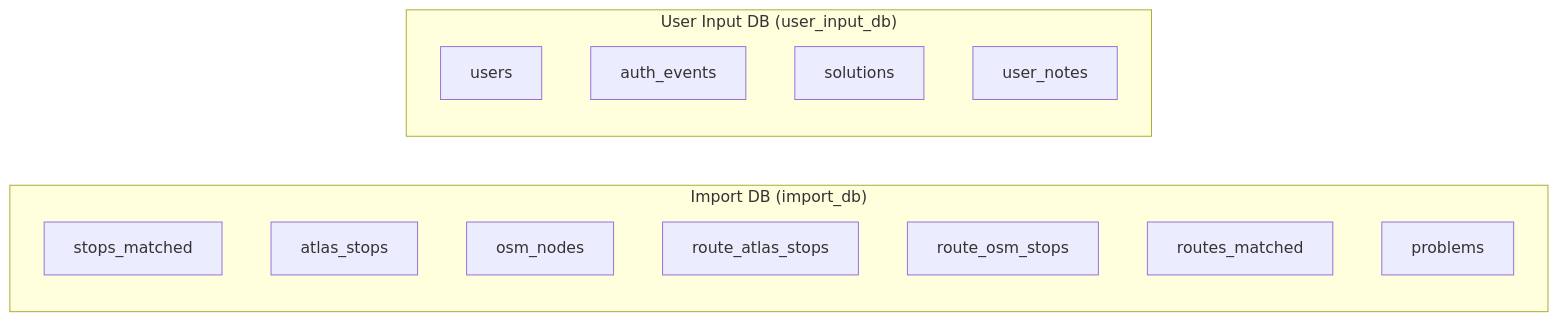
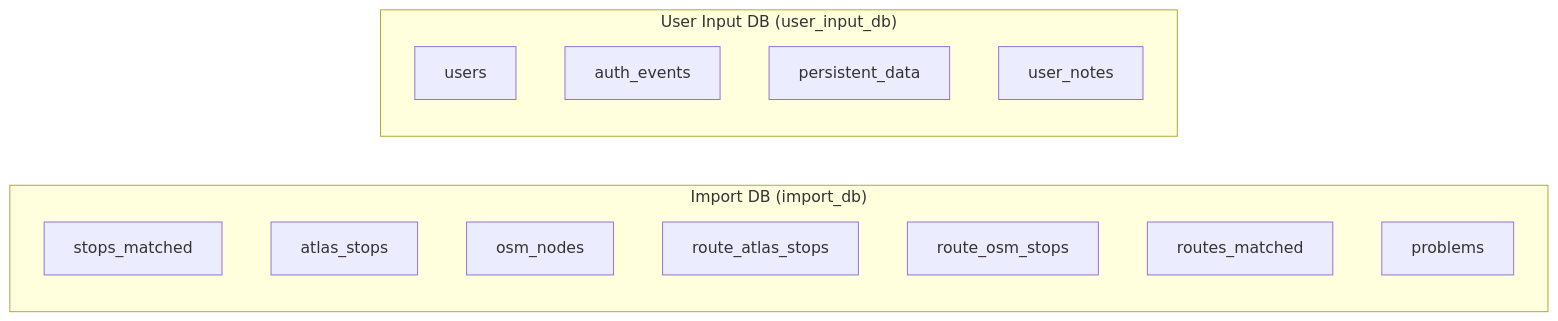
One commit to openTdataCH/stop_sync_osm_atlas changed the diagram in documentation/4. Databases.md. Above: the diagram before and after it, drawn with Mermaid. The commit also changed other lines of this file and 66 other files, not shown here.

````diff
--- a/documentation/4. Databases.md
+++ b/documentation/4. Databases.md
@@ -8,21 +9,21 @@
 ```mermaid
 flowchart LR
     subgraph import_db["Import DB (import_db)"]
         direction TB
         S[stops_matched]
         A[atlas_stops]
         O[osm_nodes]
         R1[route_atlas_stops]
         R2[route_osm_stops]
         R3[routes_matched]
         P[problems]
     end
     
     subgraph user_input_db["User Input DB (user_input_db)"]
         direction TB
         U[users]
         AE[auth_events]
-        PD[solutions]
+        PD[persistent_data]
         UN[user_notes]
     end
 ```
````
